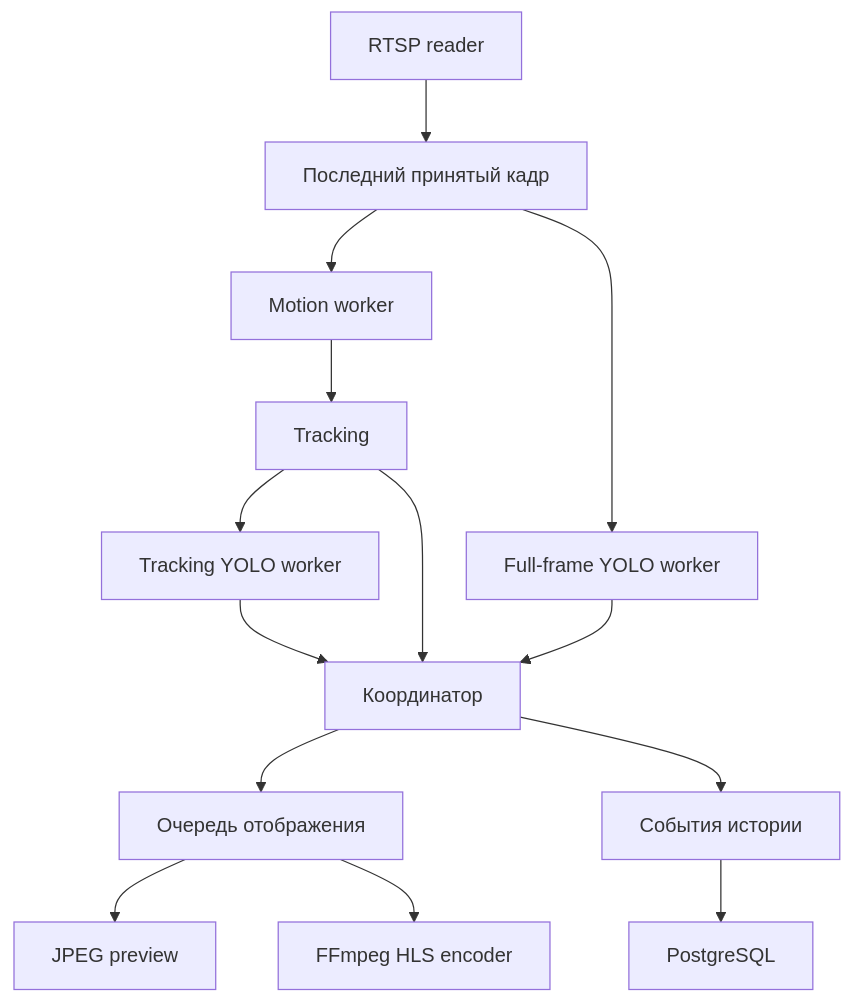
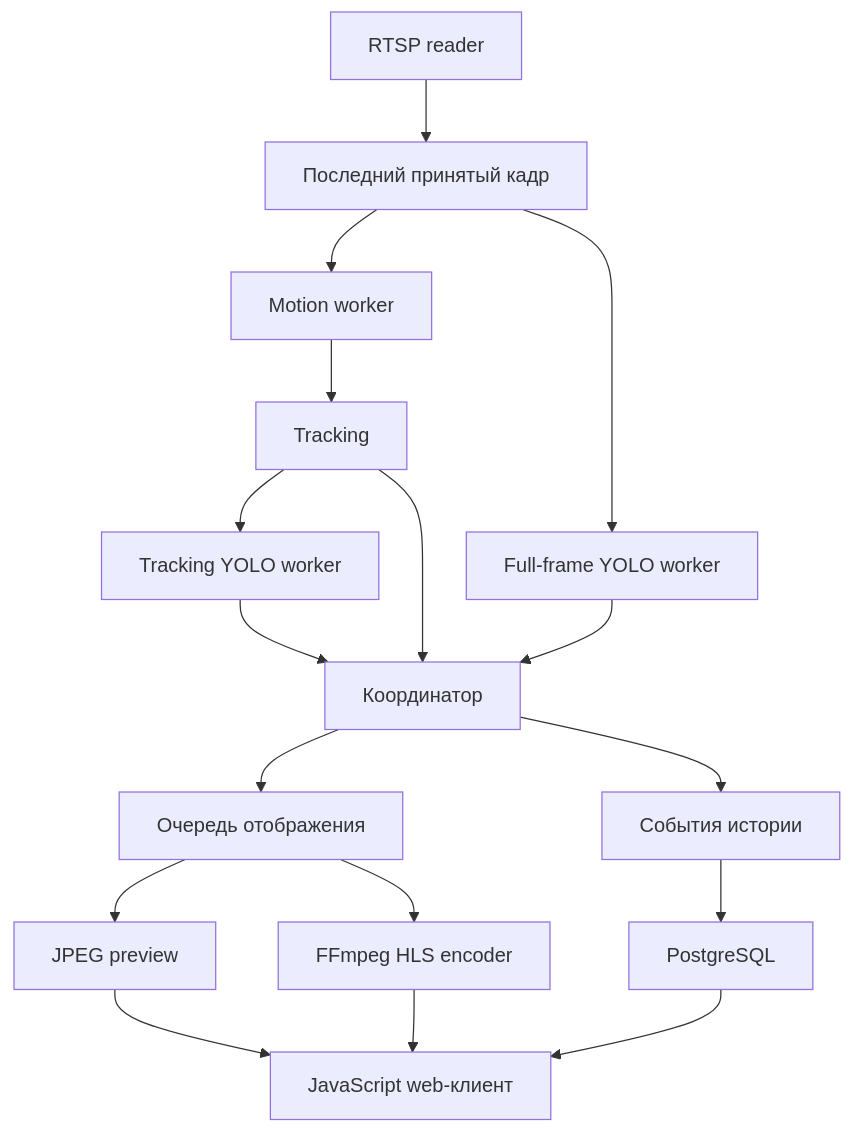
One commit to alex-kudriashov/video-analytics-portfolio changed the diagram in docs/architecture.md. Above: the diagram before and after it, drawn with Mermaid. The commit also changed other lines of this file and 11 other files, not shown here.

Commit message:
Document JavaScript client and public VPS

````diff
--- a/docs/architecture.md
+++ b/docs/architecture.md
@@ -9,16 +9,19 @@
 ```mermaid
 flowchart TD
     A[RTSP reader] --> B[Последний принятый кадр]
     B --> C[Motion worker]
     C --> D[Tracking]
     B --> E[Full-frame YOLO worker]
     D --> F[Tracking YOLO worker]
     D --> G[Координатор]
     E --> G
     F --> G
     G --> H[Очередь отображения]
     H --> I[JPEG preview]
     H --> J[FFmpeg HLS encoder]
     G --> K[События истории]
     K --> L[PostgreSQL]
+    I --> M[JavaScript web-клиент]
+    J --> M
+    L --> M
 ```
````
